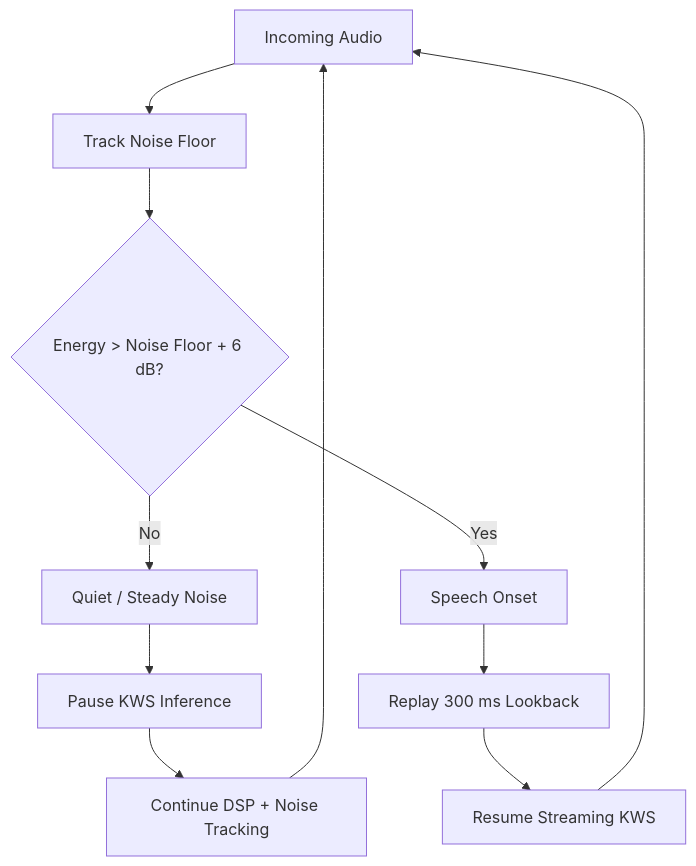
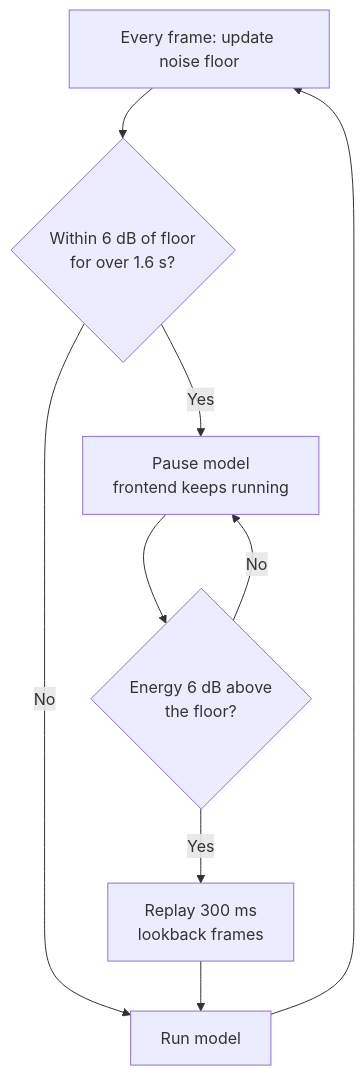
The fifth of 12 diagrams in README.md (Raj24-dev/Kws), drawn with Mermaid before and after one commit. The commit also changed other lines of this file, not shown here.

````diff
--- a/README.md
+++ b/README.md
@@ -579,26 +120,10 @@
 ```mermaid
 flowchart TD
-
-    A["Incoming Audio"]
-    B["Track Noise Floor"]
-    C{"Energy > Noise Floor + 6 dB?"}
-    D["Quiet / Steady Noise"]
-    E["Pause KWS Inference"]
-    F["Continue DSP + Noise Tracking"]
-    G["Speech Onset"]
-    H["Replay 300 ms Lookback"]
-    I["Resume Streaming KWS"]
-
-    A --> B
-    B --> C
-
-    C -->|No| D
-    D --> E
-    E --> F
-    F --> A
-
-    C -->|Yes| G
-    G --> H
-    H --> I
-    I --> A
+    A["Every frame: update noise floor"] --> B{"Within 6 dB of floor<br/>for over 1.6 s?"}
+    B -->|"No"| C["Run model"]
+    B -->|"Yes"| D["Pause model<br/>frontend keeps running"]
+    D --> E{"Energy 6 dB above<br/>the floor?"}
+    E -->|"No"| D
+    E -->|"Yes"| F["Replay 300 ms<br/>lookback frames"] --> C
+    C --> A
 ```
````
